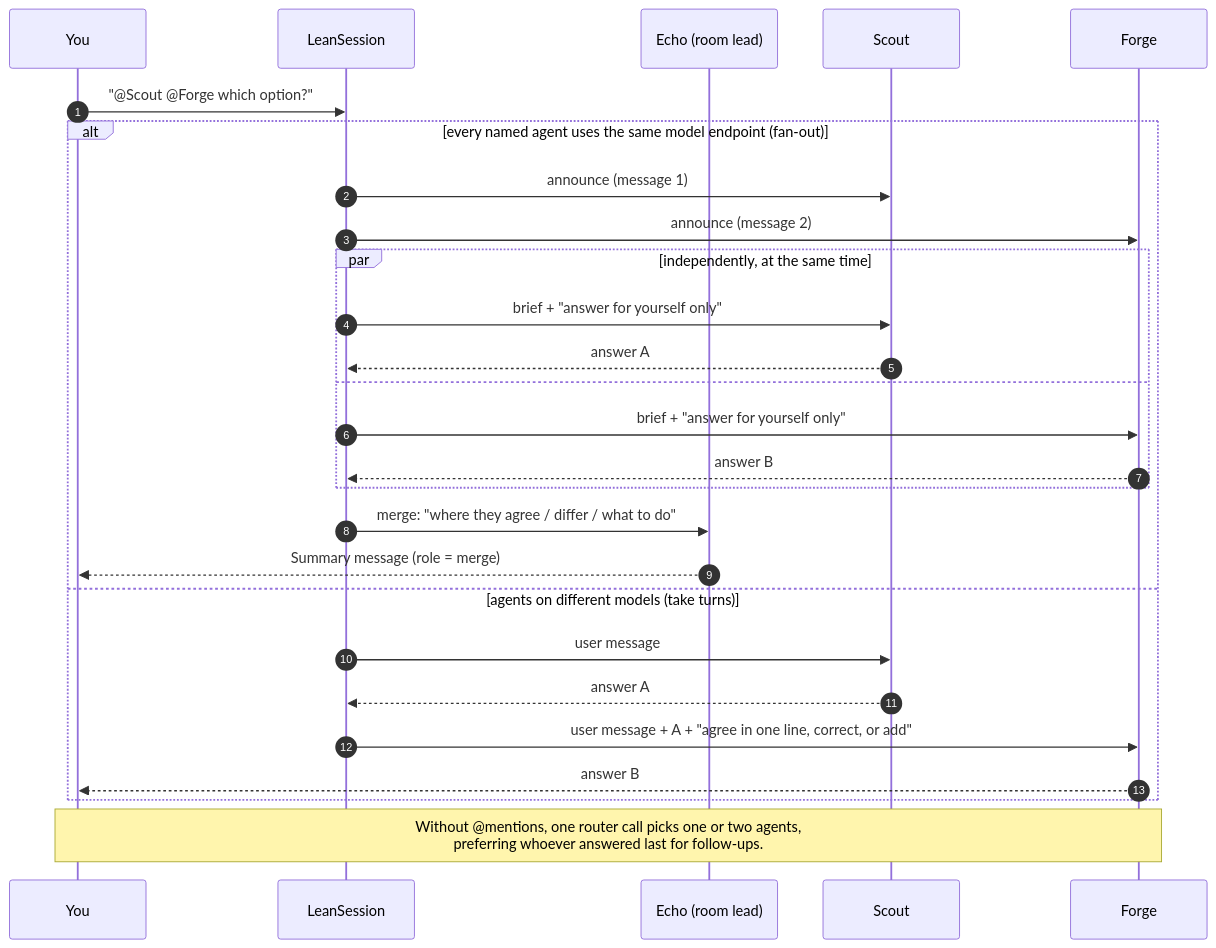
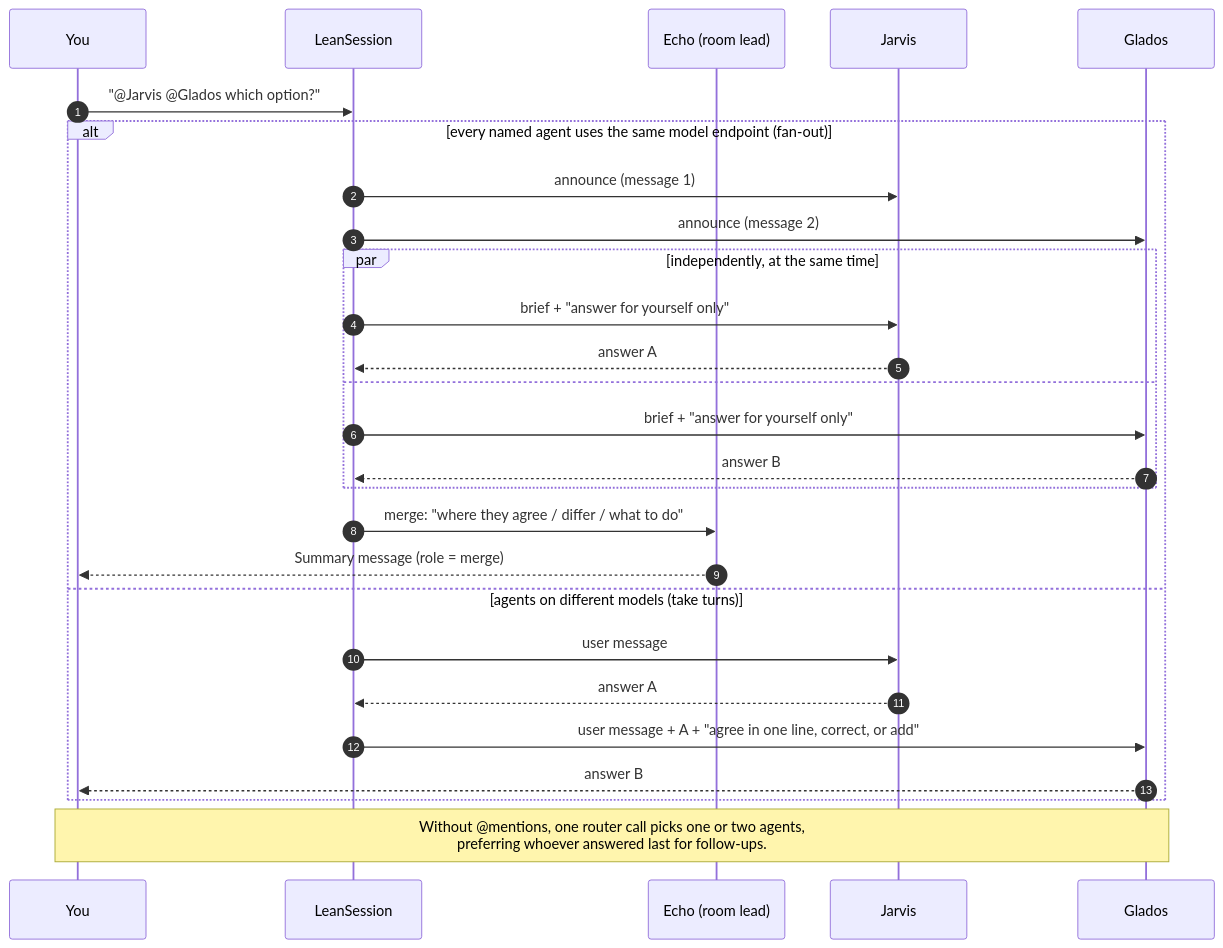
One commit to Ty0x7/EchoSpeak changed the fourth of 5 diagrams in docs/ARCHITECTURE.md. Above: the diagram before and after it, drawn with Mermaid. The commit also changed other lines of this file and 8 other files, not shown here.

First line of the commit message:
Agent faces in the app; Scout is now Jarvis, Forge is now Glados

````diff
--- a/docs/ARCHITECTURE.md
+++ b/docs/ARCHITECTURE.md
@@ -139,31 +139,31 @@
 ```mermaid
 sequenceDiagram
   autonumber
   participant U as You
   participant S as LeanSession
   participant E as Echo (room lead)
-  participant Sc as Scout
-  participant F as Forge
+  participant Sc as Jarvis
+  participant F as Glados
 
-  U->>S: "@Scout @Forge which option?"
+  U->>S: "@Jarvis @Glados which option?"
   alt every named agent uses the same model endpoint (fan-out)
     S->>Sc: announce (message 1)
     S->>F: announce (message 2)
     par independently, at the same time
       S->>Sc: brief + "answer for yourself only"
       Sc-->>S: answer A
     and
       S->>F: brief + "answer for yourself only"
       F-->>S: answer B
     end
     S->>E: merge: "where they agree / differ / what to do"
     E-->>U: Summary message (role = merge)
   else agents on different models (take turns)
     S->>Sc: user message
     Sc-->>S: answer A
     S->>F: user message + A + "agree in one line, correct, or add"
     F-->>U: answer B
   end
 
   Note over U,F: Without @mentions, one router call picks one or two agents,<br/>preferring whoever answered last for follow-ups.
 ```
````
